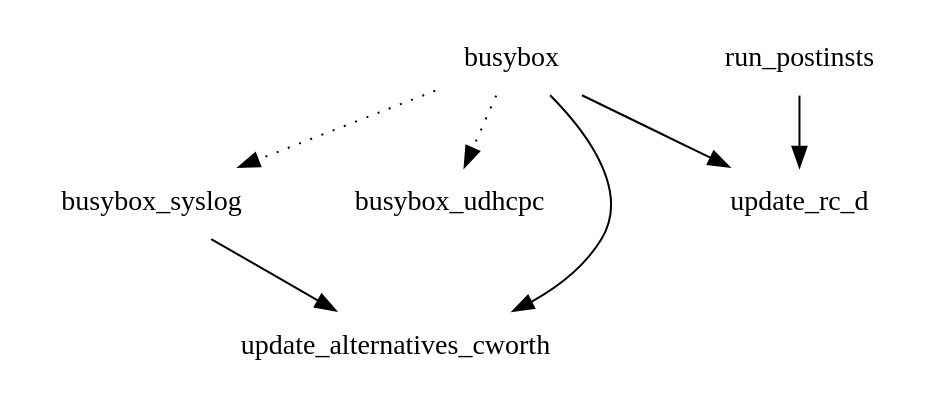
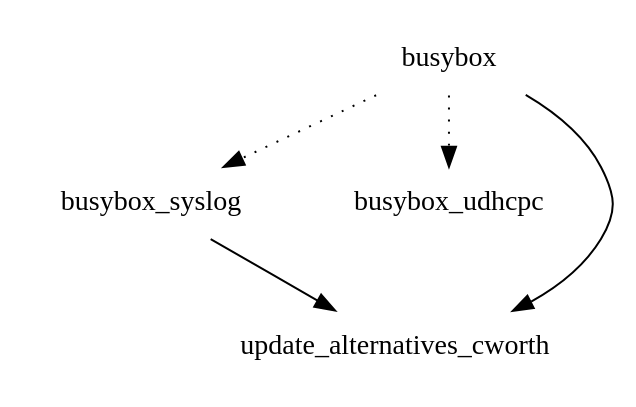
One commit to shr-distribution/buildhistory-old changed the diagram in images/tuna/eglibc/chroot-image/depends-nokernel-nolibc.dot. Above: the diagram before and after it, drawn with Graphviz. The commit also changed 9 other files, not shown here.

```diff
--- a/images/tuna/eglibc/chroot-image/depends-nokernel-nolibc.dot
+++ b/images/tuna/eglibc/chroot-image/depends-nokernel-nolibc.dot
@@ -1,9 +1,7 @@
 digraph depends {
     node [shape=plaintext]
 busybox -> busybox_syslog [style=dotted];
 busybox -> busybox_udhcpc [style=dotted];
 busybox -> update_alternatives_cworth;
-busybox -> update_rc_d;
 busybox_syslog -> update_alternatives_cworth;
-run_postinsts -> update_rc_d;
 }
```
